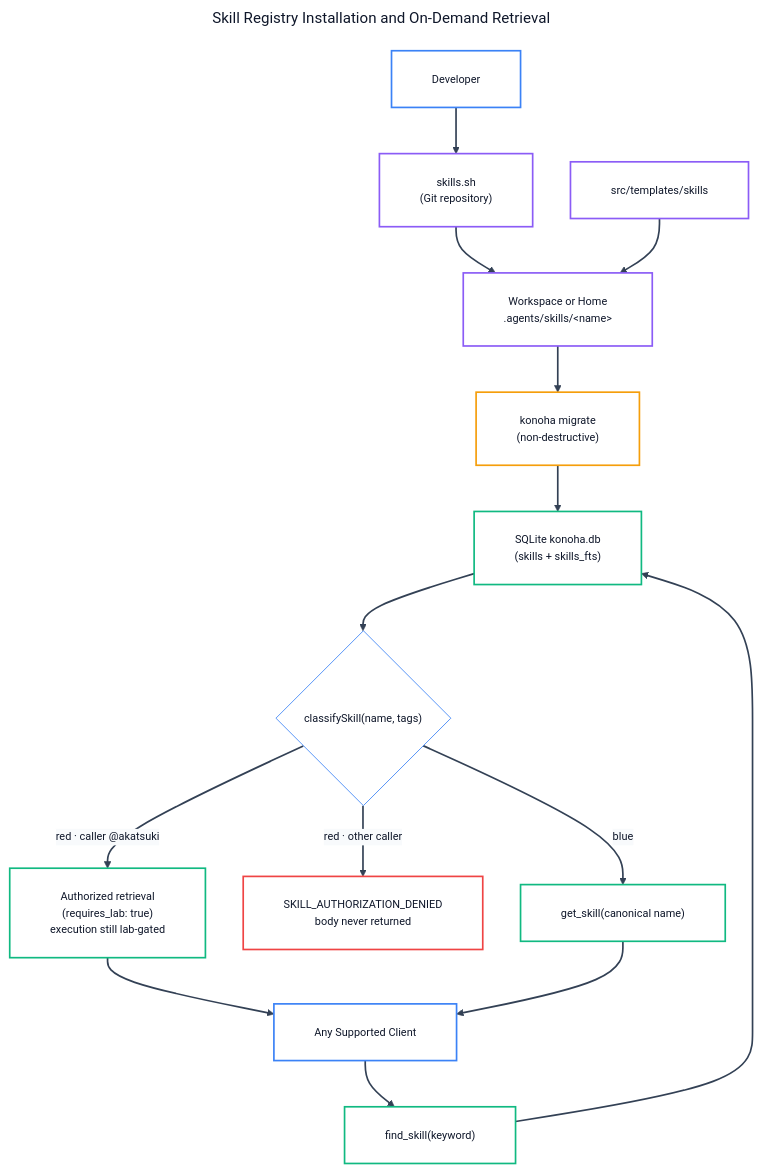
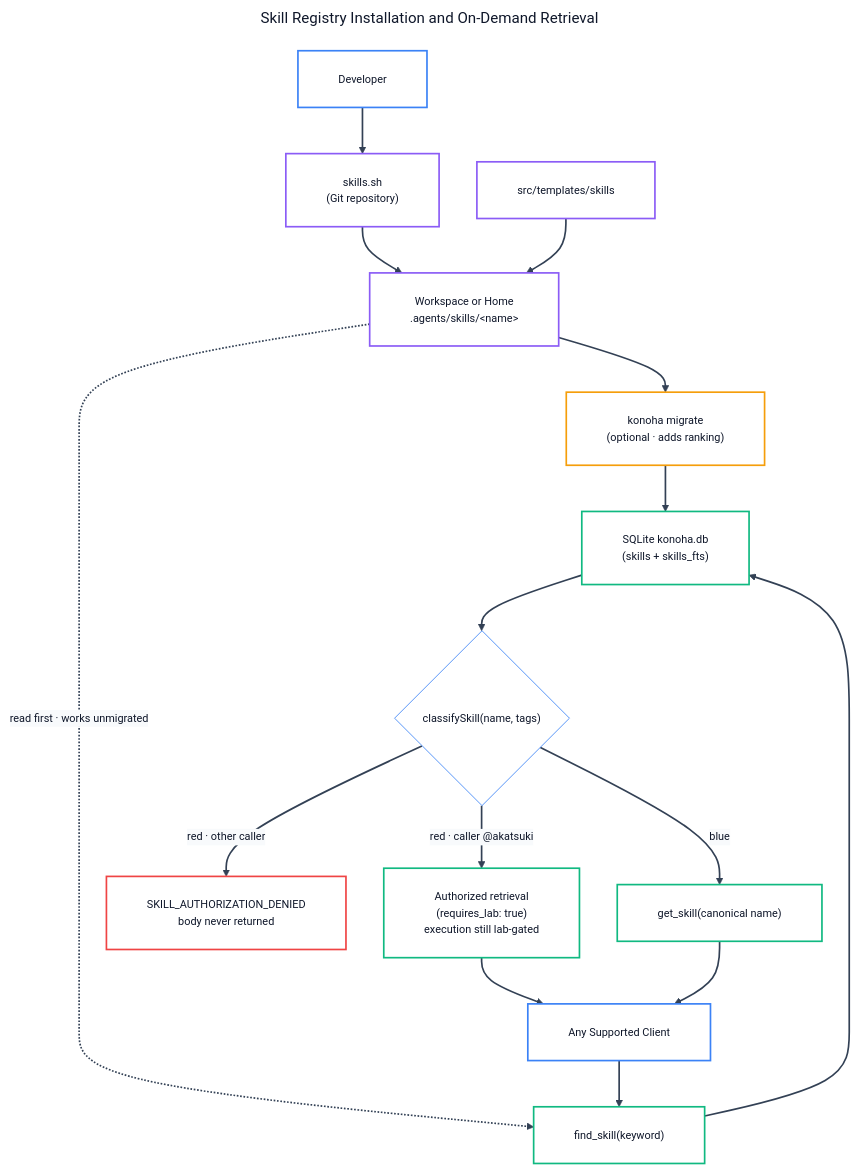
Before and after one commit to andycungkrinx91/konoha: the diagram in docs/ADDING-SKILLS.md, drawn with Mermaid. The commit also changed other lines of this file and 26 other files, not shown here.

````diff
--- a/docs/ADDING-SKILLS.md
+++ b/docs/ADDING-SKILLS.md
@@ -13,51 +13,52 @@
 ```mermaid
 ---
 title: Skill Registry Installation and On-Demand Retrieval
 config:
   theme: base
   themeVariables:
     darkMode: false
     background: '#ffffff'
     mainBkg: '#ffffff'
     primaryColor: '#ffffff'
     primaryTextColor: '#0f172a'
     primaryBorderColor: '#3b82f6'
     lineColor: '#334155'
     arrowheadColor: '#334155'
     secondaryColor: '#f8fafc'
     tertiaryColor: '#ffffff'
     fontFamily: 'Inter, system-ui, -apple-system, sans-serif'
     fontSize: '13px'
   flowchart:
     nodeSpacing: 45
     rankSpacing: 55
     padding: 24
     wrappingWidth: 380
 ---
 flowchart TB
     Developer["Developer"] --> Registry["skills.sh<br/>(Git repository)"]
     Registry --> Files["Workspace or Home<br/>.agents/skills/&lt;name&gt;"]
     Templates["src/templates/skills"] --> Files
-    Files --> Migrate["konoha migrate<br/>(non-destructive)"]
+    Files --> Migrate["konoha migrate<br/>(optional · adds ranking)"]
     Migrate --> DB["SQLite konoha.db<br/>(skills + skills_fts)"]
+    Files -.->|"read first · works unmigrated"| Find
     Client["Any Supported Client"] --> Find["find_skill(keyword)"]
     Find --> DB
     DB --> Authz{"classifySkill(name, tags)"}-->|red · caller @akatsuki| Red["Authorized retrieval<br/>(requires_lab: true)<br/>execution still lab-gated"]
     Authz -->|red · other caller| Denied["SKILL_AUTHORIZATION_DENIED<br/>body never returned"]
     Authz -->|blue| Get["get_skill(canonical name)"]
     Red --> Client
     Get --> Client
 
     linkStyle default stroke:#334155,stroke-width:2px;
     classDef actorNode fill:#ffffff,stroke:#3b82f6,color:#0f172a,stroke-width:2px;
     classDef sourceNode fill:#ffffff,stroke:#8b5cf6,color:#0f172a,stroke-width:2px;
     classDef processNode fill:#ffffff,stroke:#f59e0b,color:#0f172a,stroke-width:2px;
     classDef runtimeNode fill:#ffffff,stroke:#10b981,color:#0f172a,stroke-width:2px;
 
     class Developer,Client actorNode;
     class Registry,Files,Templates sourceNode;
     class Migrate processNode;
     class DB,Find,Get,Red runtimeNode;
     classDef denyNode fill:#ffffff,stroke:#ef4444,color:#0f172a,stroke-width:2px;
     class Denied denyNode;
 ```
````
